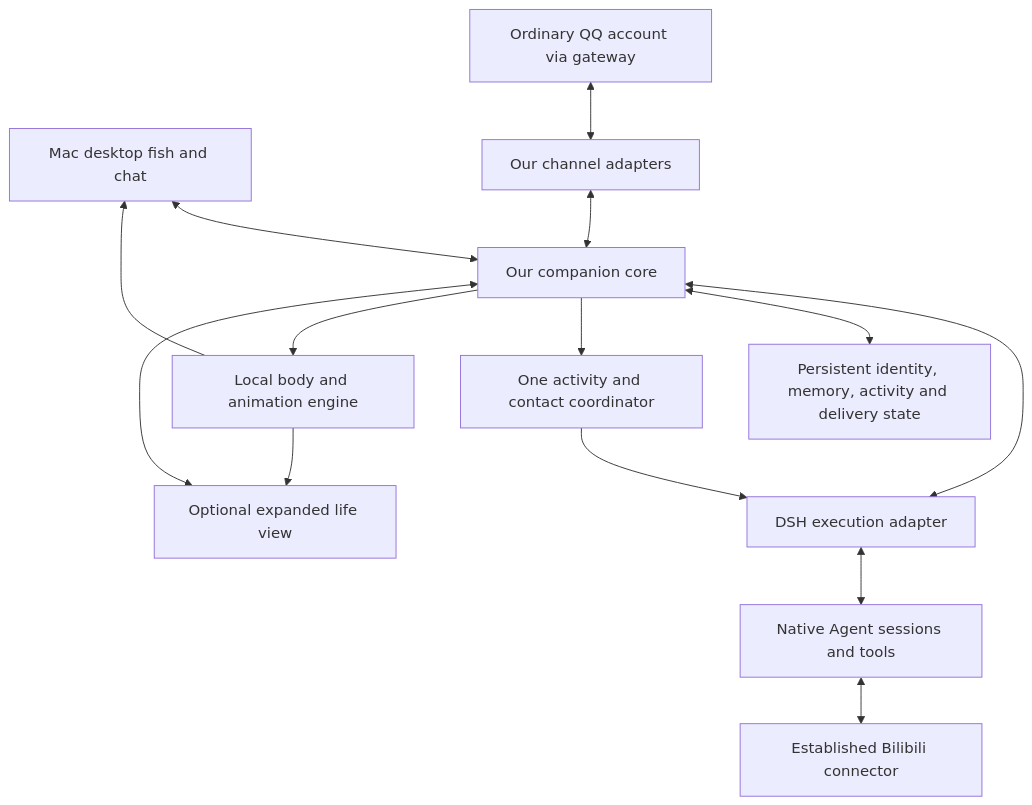
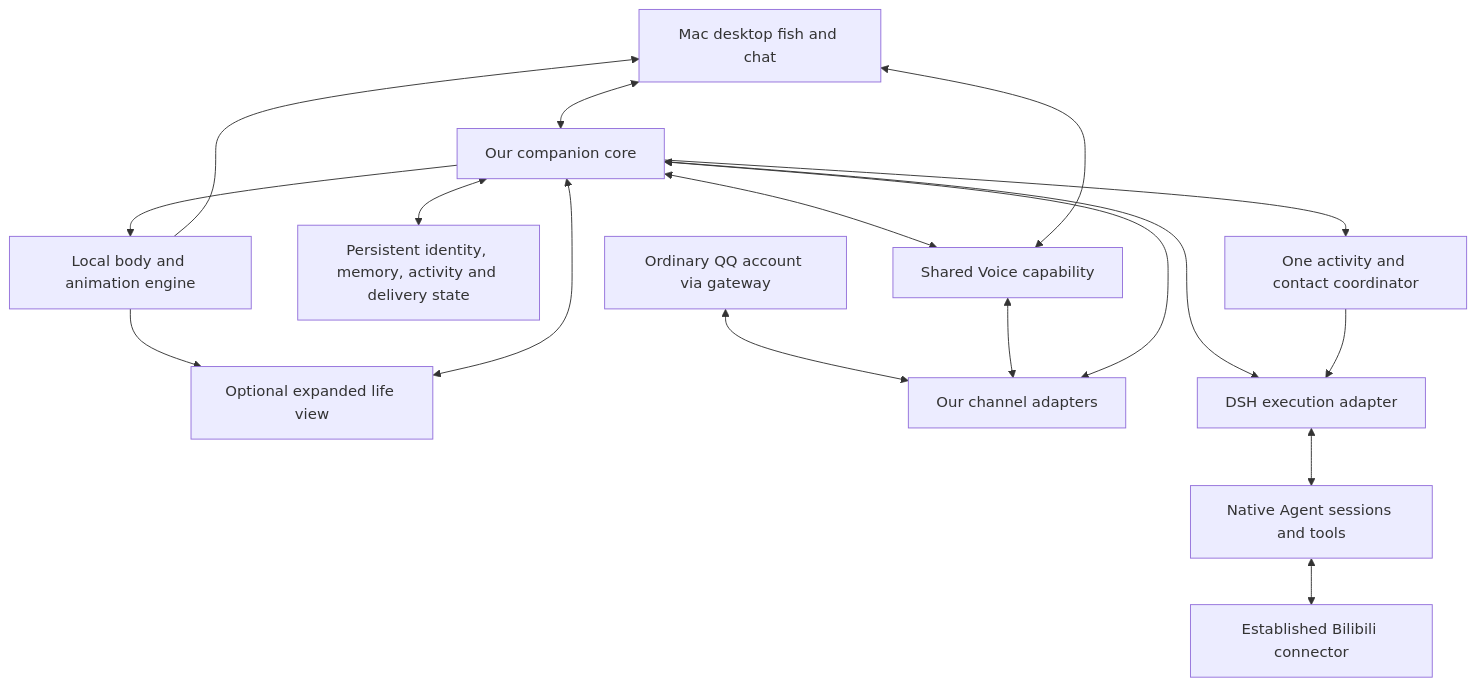
The diagram in docs/planning/plan.md (hyyino7/Pet-World), drawn with Mermaid before and after one commit. The commit also changed other lines of this file and 71 other files, not shown here.

````diff
--- a/docs/planning/plan.md
+++ b/docs/planning/plan.md
@@ -143,16 +171,19 @@
 ```mermaid
 flowchart TB
   Desktop[Mac desktop fish and chat] <--> Core[Our companion core]
   Room[Optional expanded life view] <--> Core
   QQ[Ordinary QQ account via gateway] <--> Channels[Our channel adapters]
   Channels <--> Core
   Core <--> DSH[DSH execution adapter]
   DSH <--> Runs[Native Agent sessions and tools]
   Core <--> Store[Persistent identity, memory, activity and delivery state]
   Core --> Life[One activity and contact coordinator]
   Life --> DSH
   Runs <--> Bili[Established Bilibili connector]
+  Core <--> Voice[Shared Voice capability]
+  Voice <--> Desktop
+  Voice <--> Channels
   Core --> Body[Local body and animation engine]
   Body --> Desktop
   Body --> Room
 ```
````
